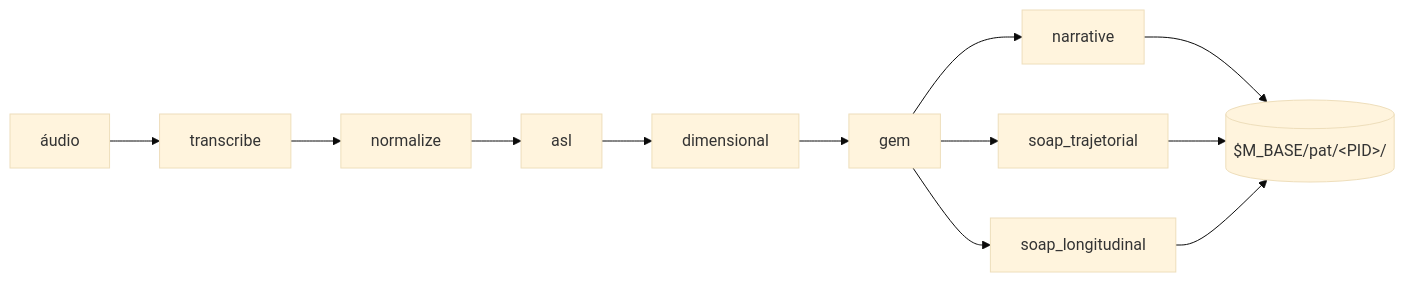
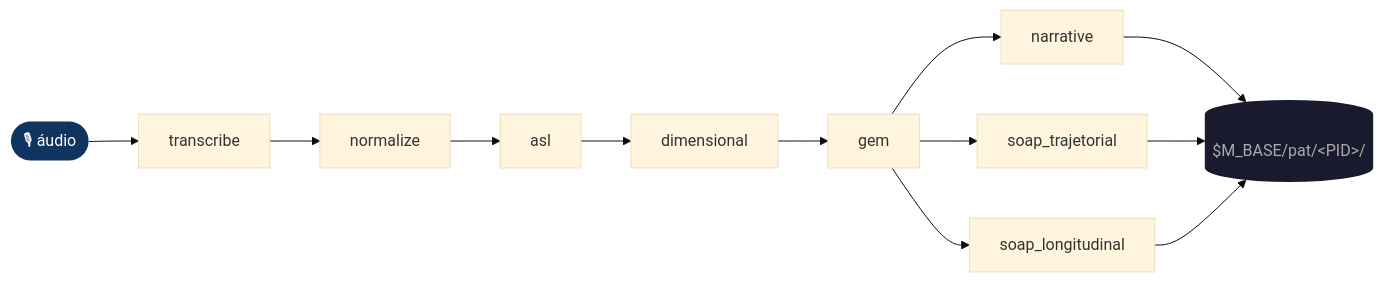
One commit to myselfgus/m changed the first of 3 diagrams in README.md. Above: the diagram before and after it, drawn with Mermaid (base theme). The commit also changed other lines of this file and 4 other files, not shown here.

First line of the commit message:
docs: redesign README com design system, logo M e diagramas Mermaid

````diff
--- a/README.md
+++ b/README.md
@@ -52,14 +35,18 @@
 ```mermaid
 flowchart LR
-    A[áudio] --> T[transcribe]
+    A([🎙 áudio]) --> T[transcribe]
     T --> N[normalize]
     N --> ASL[asl]
     ASL --> D[dimensional]
     D --> G[gem]
     G --> NR[narrative]
     G --> ST[soap_trajetorial]
     G --> SL[soap_longitudinal]
-    NR --> OUT[($M_BASE/pat/&lt;PID&gt;/)]
-    ST --> OUT
-    SL --> OUT
+
+    NR --> FS[($M_BASE/pat/&lt;PID&gt;/)]
+    ST --> FS
+    SL --> FS
+
+    style A fill:#0f3460,color:#fff,stroke:none
+    style FS fill:#1a1a2e,color:#aaa,stroke:none
 ```
````
